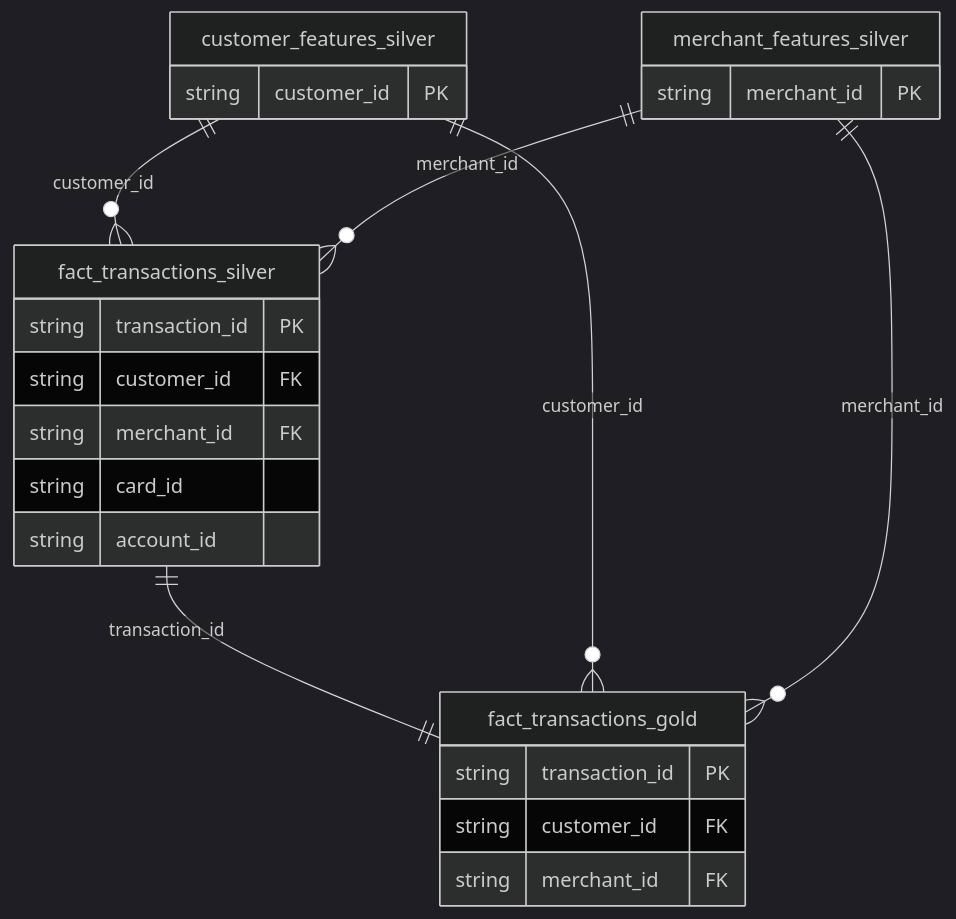
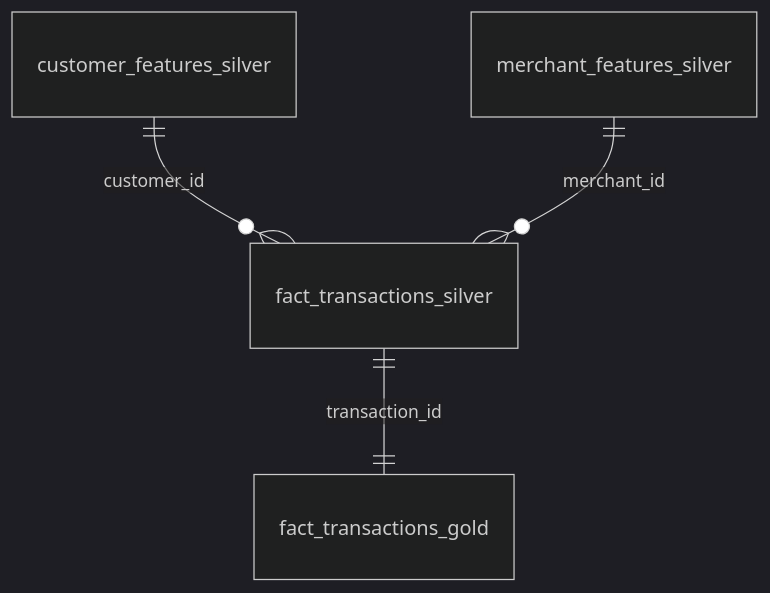
The diagram in documentation/components/etl_system.md (harshafaik/RiskFabric), drawn with Mermaid (dark theme) before and after one commit. The commit also changed other lines of this file and 39 other files, not shown here.

````diff
--- a/documentation/components/etl_system.md
+++ b/documentation/components/etl_system.md
@@ -13,26 +13,6 @@
 ```mermaid
 erDiagram
     customer_features_silver ||--o{ fact_transactions_silver : "customer_id"
     merchant_features_silver ||--o{ fact_transactions_silver : "merchant_id"
     fact_transactions_silver ||--|| fact_transactions_gold : "transaction_id"
-    customer_features_silver ||--o{ fact_transactions_gold : "customer_id"
-    merchant_features_silver ||--o{ fact_transactions_gold : "merchant_id"
-    fact_transactions_silver {
-        string transaction_id PK
-        string customer_id FK
-        string merchant_id FK
-        string card_id
-        string account_id
-    }
-    customer_features_silver {
-        string customer_id PK
-    }
-    merchant_features_silver {
-        string merchant_id PK
-    }
-    fact_transactions_gold {
-        string transaction_id PK
-        string customer_id FK
-        string merchant_id FK
-    }
 ```
````
